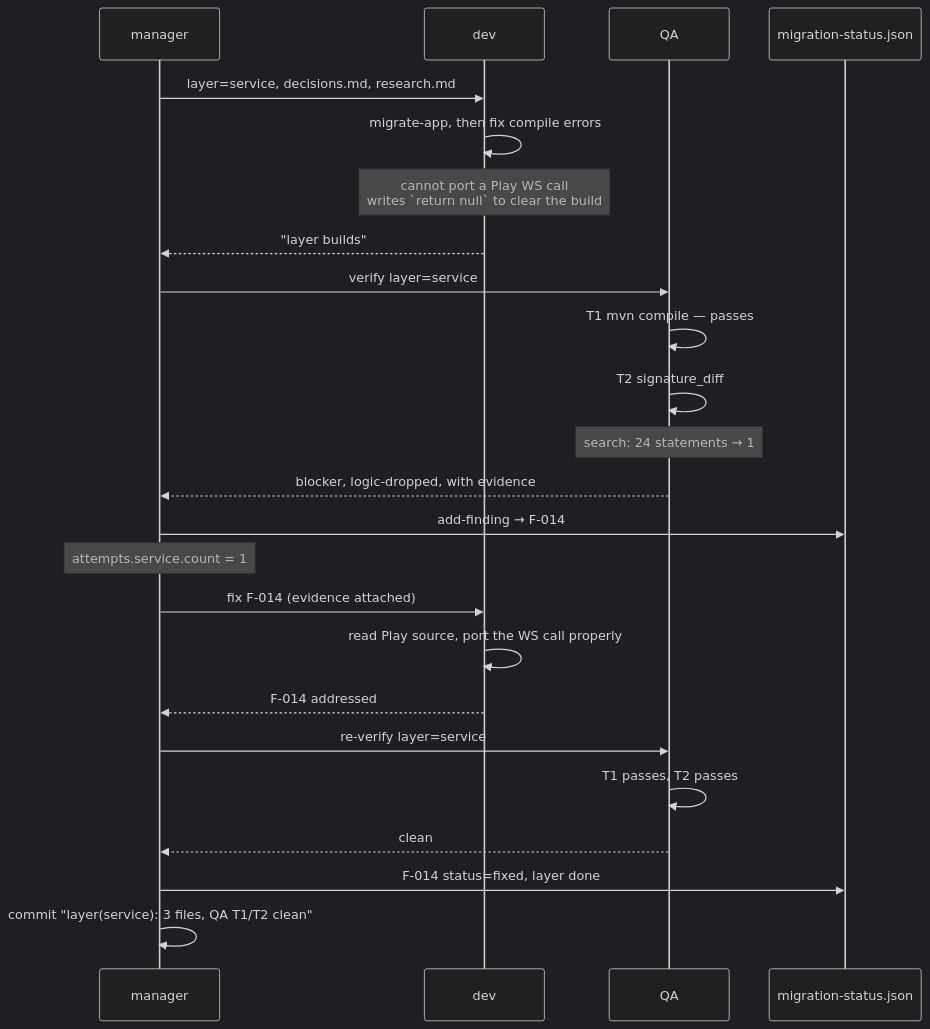
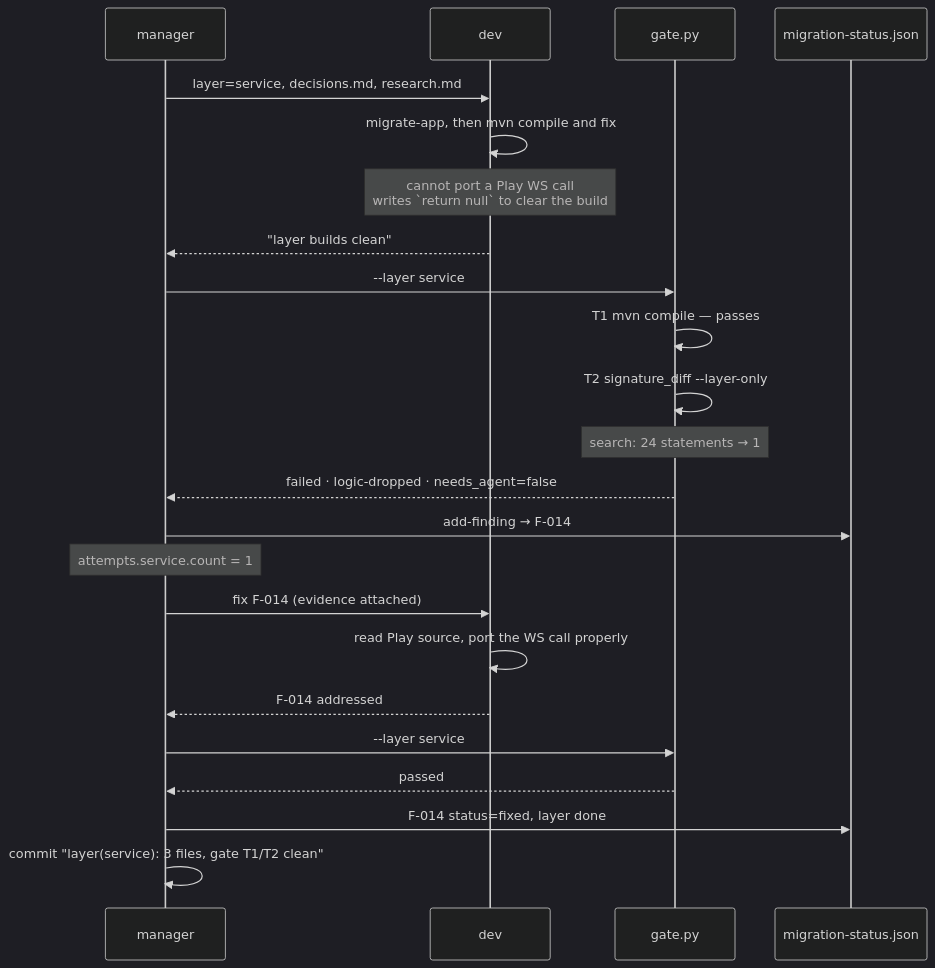
One commit to skarin7/play-to-springboot changed the third of 6 diagrams in docs/FLOW.md. Above: the diagram before and after it, drawn with Mermaid (dark theme). The commit also changed other lines of this file and 20 other files, not shown here.

````diff
--- a/docs/FLOW.md
+++ b/docs/FLOW.md
@@ -123,31 +146,30 @@
 ```mermaid
 sequenceDiagram
     participant M as manager
     participant D as dev
-    participant Q as QA
+    participant G as gate.py
     participant S as migration-status.json
 
     M->>D: layer=service, decisions.md, research.md
-    D->>D: migrate-app, then fix compile errors
+    D->>D: migrate-app, then mvn compile and fix
     Note over D: cannot port a Play WS call<br/>writes `return null` to clear the build
-    D-->>M: "layer builds"
+    D-->>M: "layer builds clean"
 
-    M->>Q: verify layer=service
-    Q->>Q: T1 mvn compile — passes
-    Q->>Q: T2 signature_diff
-    Note over Q: search: 24 statements → 1
-    Q-->>M: blocker, logic-dropped, with evidence
+    M->>G: --layer service
+    G->>G: T1 mvn compile — passes
+    G->>G: T2 signature_diff --layer-only
+    Note over G: search: 24 statements → 1
+    G-->>M: failed · logic-dropped · needs_agent=false
 
     M->>S: add-finding → F-014
     Note over M: attempts.service.count = 1
 
     M->>D: fix F-014 (evidence attached)
     D->>D: read Play source, port the WS call properly
     D-->>M: F-014 addressed
 
-    M->>Q: re-verify layer=service
-    Q->>Q: T1 passes, T2 passes
-    Q-->>M: clean
+    M->>G: --layer service
+    G-->>M: passed
     M->>S: F-014 status=fixed, layer done
-    M->>M: commit "layer(service): 3 files, QA T1/T2 clean"
+    M->>M: commit "layer(service): 3 files, gate T1/T2 clean"
 ```
````
